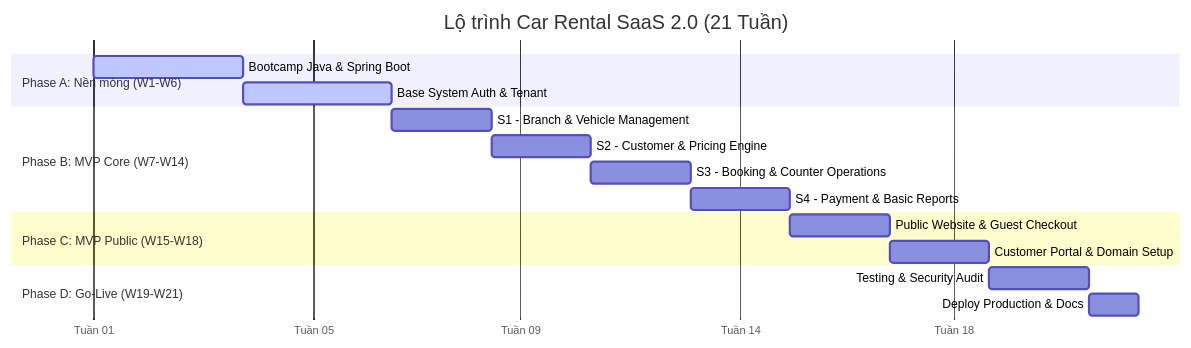
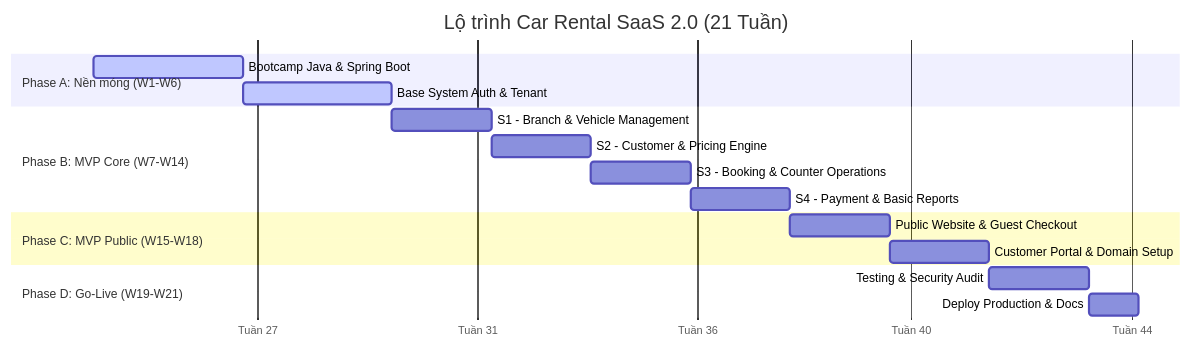
The second of 2 diagrams in docs/Mindmap.md (dinhtuan99/car-rental-backend), drawn with Mermaid before and after one commit. The commit also changed other lines of this file and 20 other files, not shown here.

````diff
--- a/docs/Mindmap.md
+++ b/docs/Mindmap.md
@@ -73,25 +73,25 @@
 ```mermaid
 gantt
     title Lộ trình Car Rental SaaS 2.0 (21 Tuần)
     dateFormat  YYYY-MM-DD
     axisFormat  Tuần %V
     todayMarker off
 
     section Phase A: Nền móng (W1-W6)
-    Bootcamp Java & Spring Boot          : active, pA_1, 2024-01-01, 3w
+    Bootcamp Java & Spring Boot          : active, pA_1, 2026-06-08, 3w
     Base System Auth & Tenant            : active, pA_2, after pA_1, 3w
 
     section Phase B: MVP Core (W7-W14)
     S1 - Branch & Vehicle Management     : pB_1, after pA_2, 2w
     S2 - Customer & Pricing Engine       : pB_2, after pB_1, 2w
     S3 - Booking & Counter Operations    : pB_3, after pB_2, 2w
     S4 - Payment & Basic Reports         : pB_4, after pB_3, 2w
 
     section Phase C: MVP Public (W15-W18)
     Public Website & Guest Checkout      : pC_1, after pB_4, 2w
     Customer Portal & Domain Setup       : pC_2, after pC_1, 2w
 
     section Phase D: Go-Live (W19-W21)
     Testing & Security Audit             : pD_1, after pC_2, 2w
     Deploy Production & Docs             : pD_2, after pD_1, 1w
 ```
````
